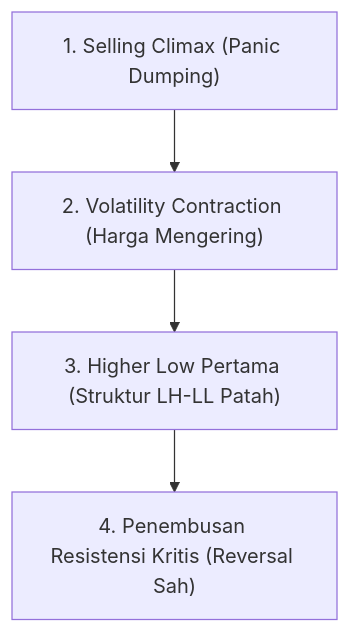
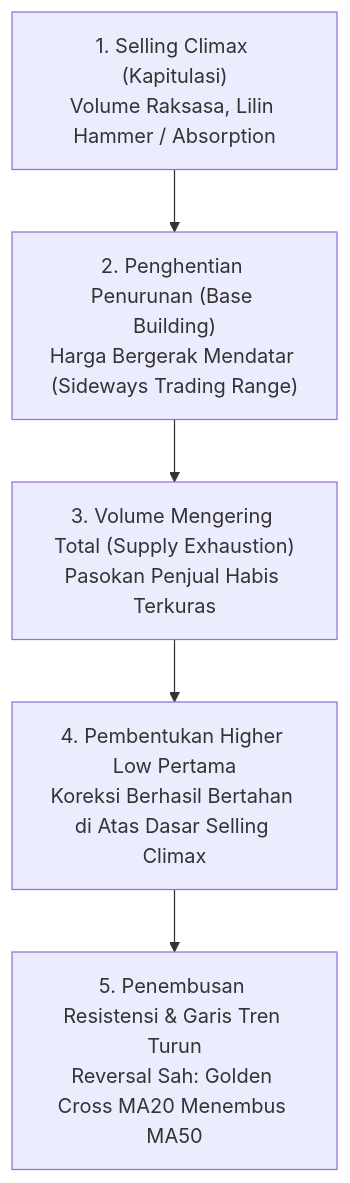
One commit to AlulCode45/Trading-Learning-Path changed the third of 3 diagrams in docs/edianto-ong/16-downtrending-charts.md. Above: the diagram before and after it, drawn with Mermaid. The commit also changed other lines of this file and 29 other files, not shown here.

Commit message:
docs(edianto-ong): upgrade all 29 chapters with beginner analogies, diagrams, step-by-step guides, and case studies

````diff
--- a/docs/edianto-ong/16-downtrending-charts.md
+++ b/docs/edianto-ong/16-downtrending-charts.md
@@ -87,6 +117,7 @@
 ```mermaid
 flowchart TD
-    A["1. Selling Climax (Panic Dumping)"] --> B["2. Volatility Contraction (Harga Mengering)"]
-    B --> C["3. Higher Low Pertama (Struktur LH-LL Patah)"]
-    C --> D["4. Penembusan Resistensi Kritis (Reversal Sah)"]
+    A["1. Selling Climax (Kapitulasi)<br/>Volume Raksasa, Lilin Hammer / Absorption"] --> B["2. Penghentian Penurunan (Base Building)<br/>Harga Bergerak Mendatar (Sideways Trading Range)"]
+    B --> C["3. Volume Mengering Total (Supply Exhaustion)<br/>Pasokan Penjual Habis Terkuras"]
+    C --> D["4. Pembentukan Higher Low Pertama<br/>Koreksi Berhasil Bertahan di Atas Dasar Selling Climax"]
+    D --> E["5. Penembusan Resistensi & Garis Tren Turun<br/>Reversal Sah: Golden Cross MA20 Menembus MA50"]
 ```
````
